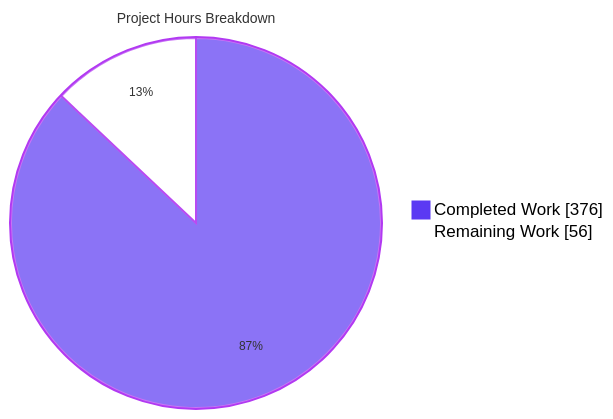
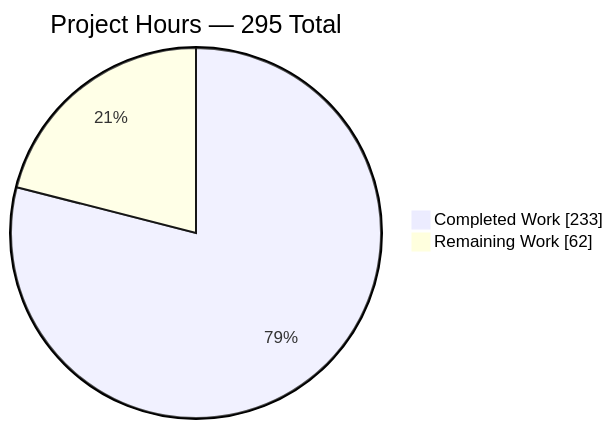
Before and after one commit to Blitzy-Sandbox/blitzy-odoo: the second of 5 diagrams in blitzy/documentation/Project Guide.md, drawn with Mermaid. The commit also changed other lines of this file, not shown here.

Commit message:
Adding Blitzy Project Guide: Project Status and Human Tasks Remaining

````diff
--- a/blitzy/documentation/Project Guide.md
+++ b/blitzy/documentation/Project Guide.md
@@ -312,6 +220,5 @@
 ```mermaid
-%%{init: {'theme':'base','themeVariables':{'pie1':'#5B39F3','pie2':'#FFFFFF','pieStrokeColor':'#B23AF2','pieOuterStrokeColor':'#B23AF2','pieOuterStrokeWidth':'2px','pieTitleTextSize':'14px','pieSectionTextSize':'12px','pieLegendTextColor':'#000000'}}}%%
-pie showData title Project Hours Breakdown
-    "Completed Work" : 376
-    "Remaining Work" : 56
+pie showData title Project Hours — 295 Total
+    "Completed Work" : 233
+    "Remaining Work" : 62
 ```
````
